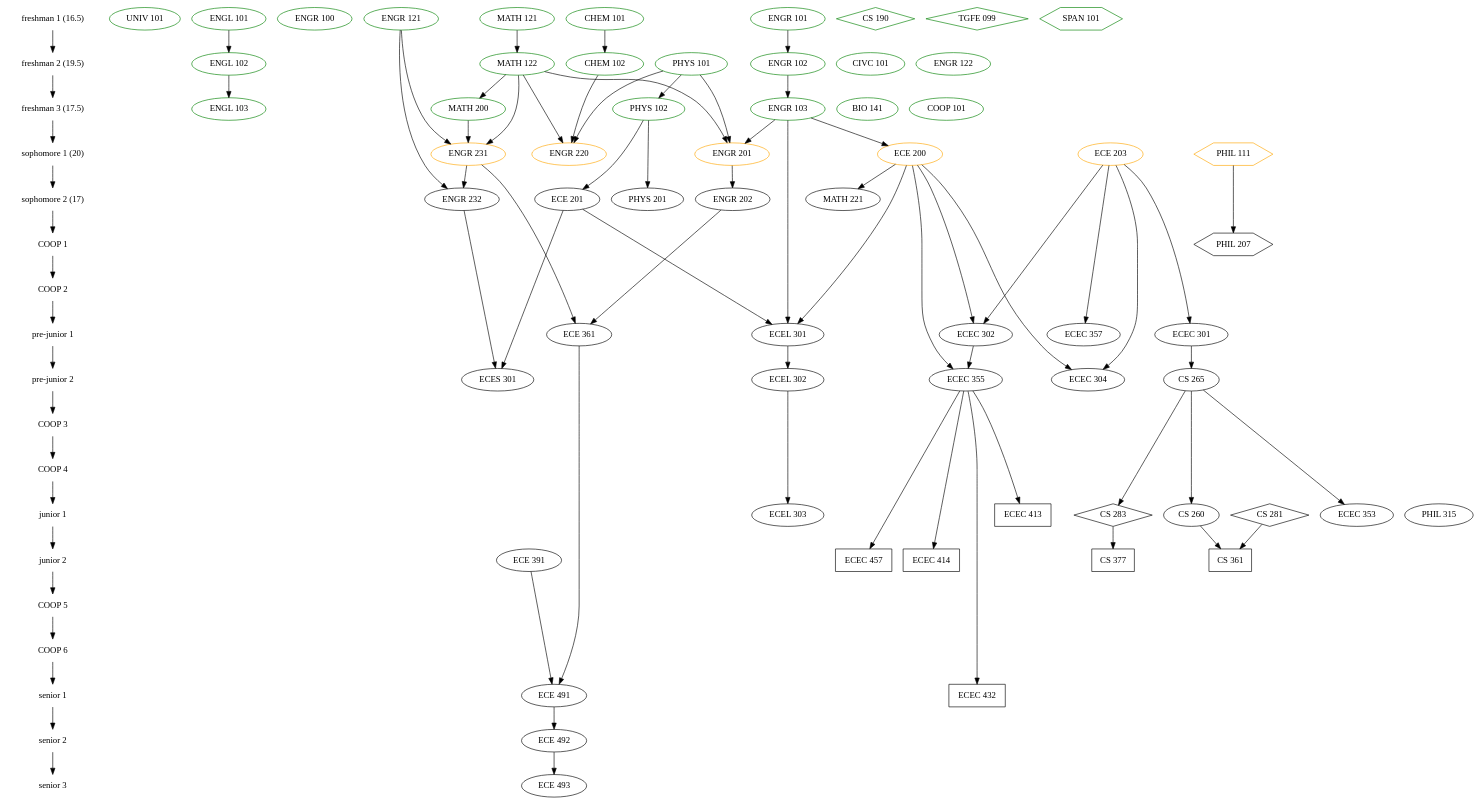
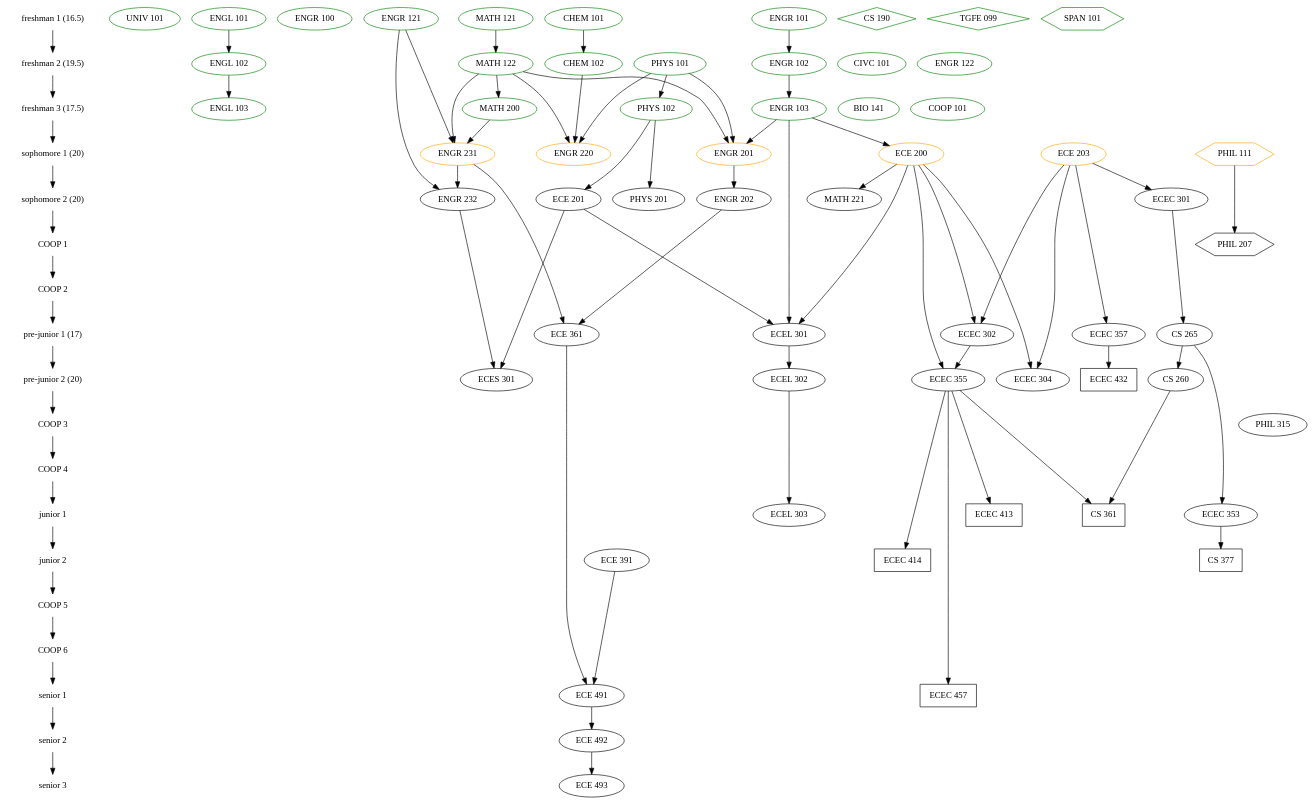
The diagram in classes.gv (Theodus/coursework), drawn with Graphviz before and after one commit. The commit also changed 1 other file, not shown here.

```diff
--- a/classes.gv
+++ b/classes.gv
@@ -1,174 +1,174 @@
 /* Key:
 
 color:
 green = already taken
 orange = currently taking
 black = not taken
 
 shape:
 ellipse = fixed major degree requirement
 box = major degree elective
 diamond = free elective
 hexagon = general education elective
 */
 
 digraph Classes {
 
   { node [shape=plaintext]
     "freshman 1 (16.5)" ->
     "freshman 2 (19.5)" ->
     "freshman 3 (17.5)" ->
     "sophomore 1 (20)" ->
-    "sophomore 2 (17)" ->
+    "sophomore 2 (20)" ->
     "COOP 1" ->
     "COOP 2" ->
-    "pre-junior 1" ->
-    "pre-junior 2" ->
+    "pre-junior 1 (17)" ->
+    "pre-junior 2 (20)" ->
     "COOP 3" ->
     "COOP 4" ->
     "junior 1" ->
     "junior 2" ->
     "COOP 5" ->
     "COOP 6" ->
     "senior 1" ->
     "senior 2" ->
     "senior 3"
   }
 
   { node [color=green]
     { rank=same "freshman 1 (16.5)"
       "UNIV 101"
       "ENGL 101"
       "ENGR 100"
       "CHEM 101"
       "ENGR 101"
       "ENGR 121"
       "MATH 121"
 
       // AP Credit
       "CS 190" [shape=diamond]
       "TGFE 099" [shape=diamond]
       "SPAN 101" [shape=hexagon]
     }
     { rank=same "freshman 2 (19.5)"
       "CIVC 101"
       "ENGL 102"
       "CHEM 102"
       "ENGR 102"
       "ENGR 122"
       "MATH 122"
       "PHYS 101"
     }
   }
   { node [color=green]
     { rank=same "freshman 3 (17.5)"
       "ENGL 103"
       "ENGR 103"
       "BIO 141"
       "COOP 101"
       "PHYS 102"
       "MATH 200"
     }
   }
   { node [color=orange]
     { rank=same "sophomore 1 (20)"
       "ENGR 201"
       "ENGR 220"
       "ENGR 231"
       "ECE 203"
       "ECE 200"
       "PHIL 111" [shape=hexagon]
     }
   }
-  { rank=same "sophomore 2 (17)"
+  { rank=same "sophomore 2 (20)"
     "ECE 201"
     "ENGR 202"
     "ENGR 232"
     "MATH 221"
     "PHYS 201"
+    "ECEC 301"
   }
   { rank=same "COOP 1"
     "PHIL 207" [shape=hexagon]
   }
-  { rank=same "pre-junior 1"
-    "ECEC 301"
+  { rank=same "pre-junior 1 (17)"
+    "CS 265"
     "ECEC 302"
     "ECEL 301"
     "ECE 361"
     "ECEC 357"
   }
-  { rank=same "pre-junior 2"
-    "CS 265"
+  { rank=same "pre-junior 2 (20)"
+    "CS 260"
     "ECEC 304"
     "ECEC 355"
     "ECEL 302"
     "ECES 301"
+    "ECEC 432" [shape=box]
+  }
+  { rank=same "COOP 3"
+    "PHIL 315"
   }
   { rank=same "junior 1"
-    "CS 283" [shape=diamond]
-    "CS 260"
-    "CS 281" [shape=diamond]
     "ECEC 353"
     "ECEL 303"
-    "PHIL 315"
     "ECEC 413" [shape=box]
+    "CS 361" [shape=box]
   }
   { rank=same "junior 2"
     "CS 377" [shape=box]
     "ECE 391"
-    "CS 361" [shape=box]
-    "ECEC 457" [shape=box]
     "ECEC 414" [shape=box]
   }
   { rank=same "senior 1"
     "ECE 491"
-    "ECEC 432" [shape=box]
+    "ECEC 457" [shape=box]
   }
   { rank=same "senior 2"
     "ECE 492"
   }
   { rank=same "senior 3"
     "ECE 493"
   }
 
   // General Education/Liberal Studies
 
   "CIVC 101"
   "ENGL 101" -> "ENGL 102" -> "ENGL 103"
   "PHIL 315"
   "UNIV 101"
 
   "PHIL 111" -> "PHIL 207"
 
   // Foundation Requirements
 
   "BIO 141"
   "CHEM 101" -> "CHEM 102"
   "PHYS 101" -> "PHYS 102" -> "PHYS 201"
   "PHYS 102" -> "ECE 201"
   "MATH 121" -> "MATH 122" -> "MATH 200" -> "ENGR 231"
   "ENGR 101" -> "ENGR 102" -> "ENGR 103" -> "ECE 200" -> "MATH 221"
   "ECE 203"
   {"MATH 122" "PHYS 101" "ENGR 103"} -> "ENGR 201" -> "ENGR 202"
   {"CHEM 102" "MATH 122" "PHYS 101"} -> "ENGR 220"
   {"MATH 122" "ENGR 121"} -> "ENGR 231"
   {"ENGR 231" "ENGR 121"} -> "ENGR 232"
 
   // Professional Requirements
 
   "ECE 203" -> "ECEC 301" -> "CS 265" -> "CS 260"
   {"ENGR 202" "ENGR 231"} -> "ECE 361"
   {"ECE 391" "ECE 361"} -> "ECE 491" -> "ECE 492" -> "ECE 493"
   {"ECE 203" "ECE 200"} -> "ECEC 302"
   {"ECE 200" "ECE 203"} -> "ECEC 304"
   "CS 265" -> "ECEC 353"
-  {"ECE 200" "ECEC 302"} -> "ECEC 355" -> {"ECEC 413" "ECEC 414" "ECEC 457" "ECEC 432"}
-  "ECE 203" -> "ECEC 357"
+  {"ECE 200" "ECEC 302"} -> "ECEC 355" -> {"ECEC 413" "ECEC 414" "ECEC 457" }
+  "ECE 203" -> "ECEC 357" -> "ECEC 432"
   {"ENGR 103" "ECE 200" "ECE 201"} -> "ECEL 301" -> "ECEL 302" -> "ECEL 303"
   {"ENGR 232" "ECE 201"} -> "ECES 301"
 
   // Extra CS cources (Free and ECE/COE/BMES 300+ electives)
 
-  "CS 265" -> "CS 283" -> "CS 377"
-  {"CS 260" "CS 281"} -> "CS 361"
+  "ECEC 353" -> "CS 377"
+  {"CS 260" "ECEC 355"} -> "CS 361"
 }
```
